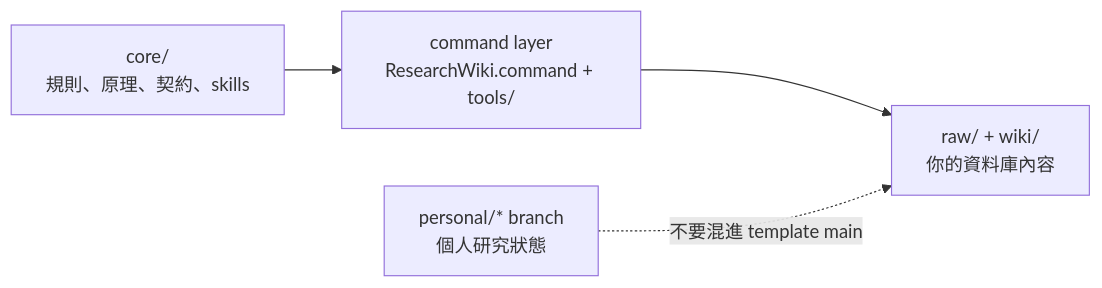
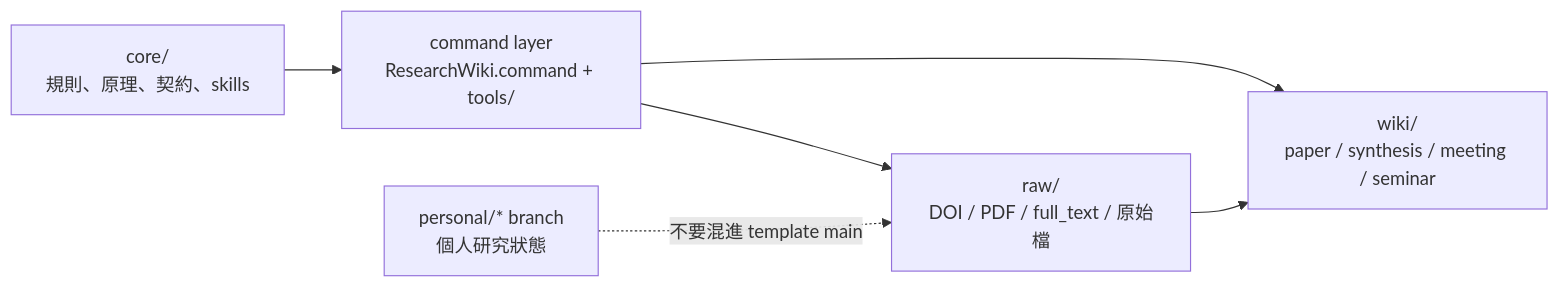
The second of 2 diagrams in README.zh-TW.md (ChenHau-Lan/ResearchWiki), drawn with Mermaid before and after one commit. The commit also changed other lines of this file and 1 other file, not shown here.

````diff
--- a/README.zh-TW.md
+++ b/README.zh-TW.md
@@ -104,6 +87,8 @@
 ```mermaid
 flowchart LR
-    C["core/<br/>規則、原理、契約、skills"] --> CMD["command layer<br/>ResearchWiki.command + tools/"]
-    CMD --> W["raw/ + wiki/<br/>你的資料庫內容"]
-    P["personal/* branch<br/>個人研究狀態"] -. "不要混進 template main" .-> W
+    CORE["core/<br/>規則、原理、契約、skills"] --> CMD["command layer<br/>ResearchWiki.command + tools/"]
+    RAW["raw/<br/>DOI / PDF / full_text / 原始檔"] --> WIKI["wiki/<br/>paper / synthesis / meeting / seminar"]
+    CMD --> RAW
+    CMD --> WIKI
+    PERSONAL["personal/* branch<br/>個人研究狀態"] -. "不要混進 template main" .-> RAW
 ```
````
